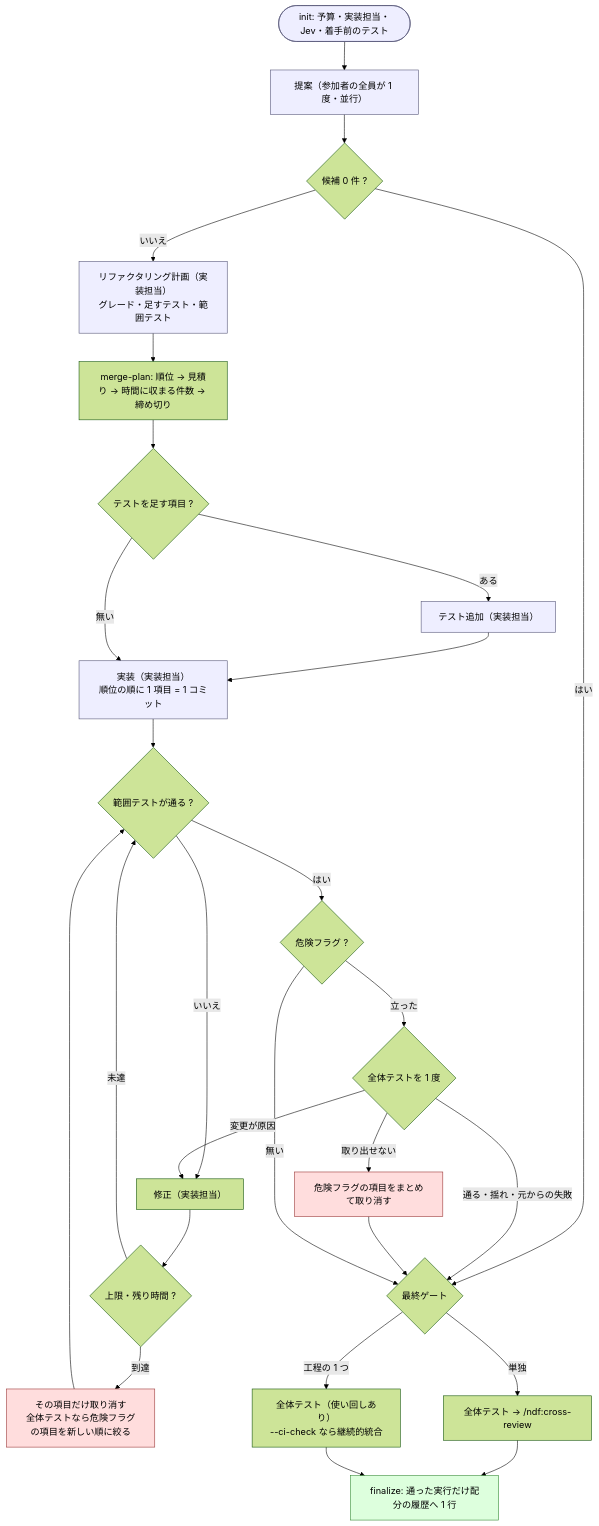
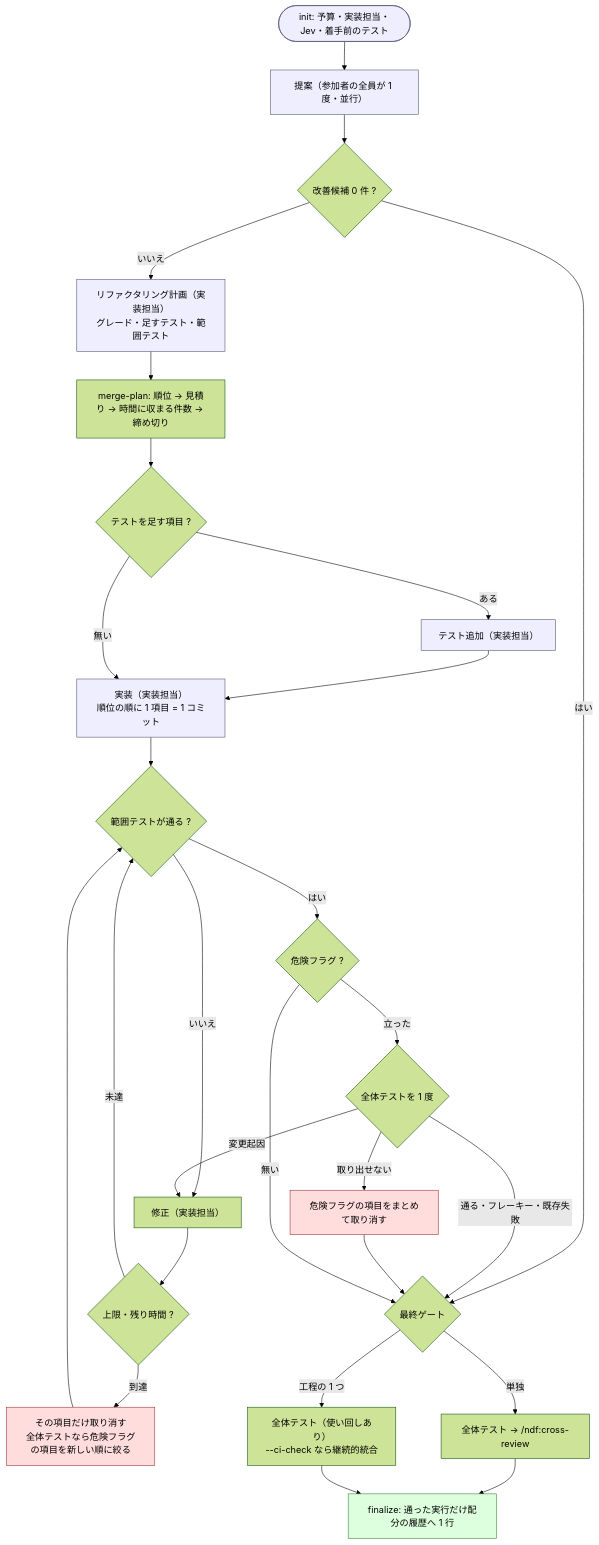
The diagram in plugins/ndf/skills/cross-refactoring/SKILL.md (devbasex/ai-plugins), drawn with Mermaid (forest theme) before and after one commit. The commit also changed other lines of this file and 10 other files, not shown here.

````diff
--- a/plugins/ndf/skills/cross-refactoring/SKILL.md
+++ b/plugins/ndf/skills/cross-refactoring/SKILL.md
@@ -125,29 +125,29 @@
 ```mermaid
 flowchart TD
     Init([init: 予算・実装担当・Jev・着手前のテスト]):::phase --> P
-    P["提案（参加者の全員が 1 度・並行）"]:::phase --> MP{"候補 0 件 ?"}
+    P["提案（参加者の全員が 1 度・並行）"]:::phase --> MP{"改善候補 0 件 ?"}
     MP -->|はい| Gate
     MP -->|いいえ| Plan["リファクタリング計画（実装担当）<br/>グレード・足すテスト・範囲テスト"]:::phase
     Plan --> Sel["merge-plan: 順位 → 見積り → 時間に収まる件数 → 締め切り"]
     Sel --> T{"テストを足す項目 ?"}
     T -->|ある| AT["テスト追加（実装担当）"]:::phase --> Impl
     T -->|無い| Impl["実装（実装担当）<br/>順位の順に 1 項目 = 1 コミット"]:::phase
     Impl --> V{"範囲テストが通る ?"}
     V -->|いいえ| Fix["修正（実装担当）"] --> Cap{"上限・残り時間 ?"}
     Cap -->|未達| V
     Cap -->|到達| Drop["その項目だけ取り消す<br/>全体テストなら危険フラグの項目を新しい順に絞る"]:::stop --> V
     V -->|はい| D{"危険フラグ ?"}
     D -->|立った| W{"全体テストを 1 度"}
-    W -->|通る・揺れ・元からの失敗| Gate
-    W -->|変更が原因| Fix
+    W -->|通る・フレーキー・既存失敗| Gate
+    W -->|変更起因| Fix
     W -->|取り出せない| DropAll["危険フラグの項目をまとめて取り消す"]:::stop --> Gate
     D -->|無い| Gate{"最終ゲート"}
     Gate -->|単独| CR["全体テスト → /ndf:cross-review"]
     Gate -->|工程の 1 つ| Whole["全体テスト（使い回しあり）<br/>--ci-check なら継続的統合"]
     CR --> Fin["finalize: 通った実行だけ配分の履歴へ 1 行"]:::ok
     Whole --> Fin
 
     classDef phase fill:#eef,stroke:#557
     classDef ok fill:#dfd,stroke:#383
     classDef stop fill:#fdd,stroke:#933
 ```
````
